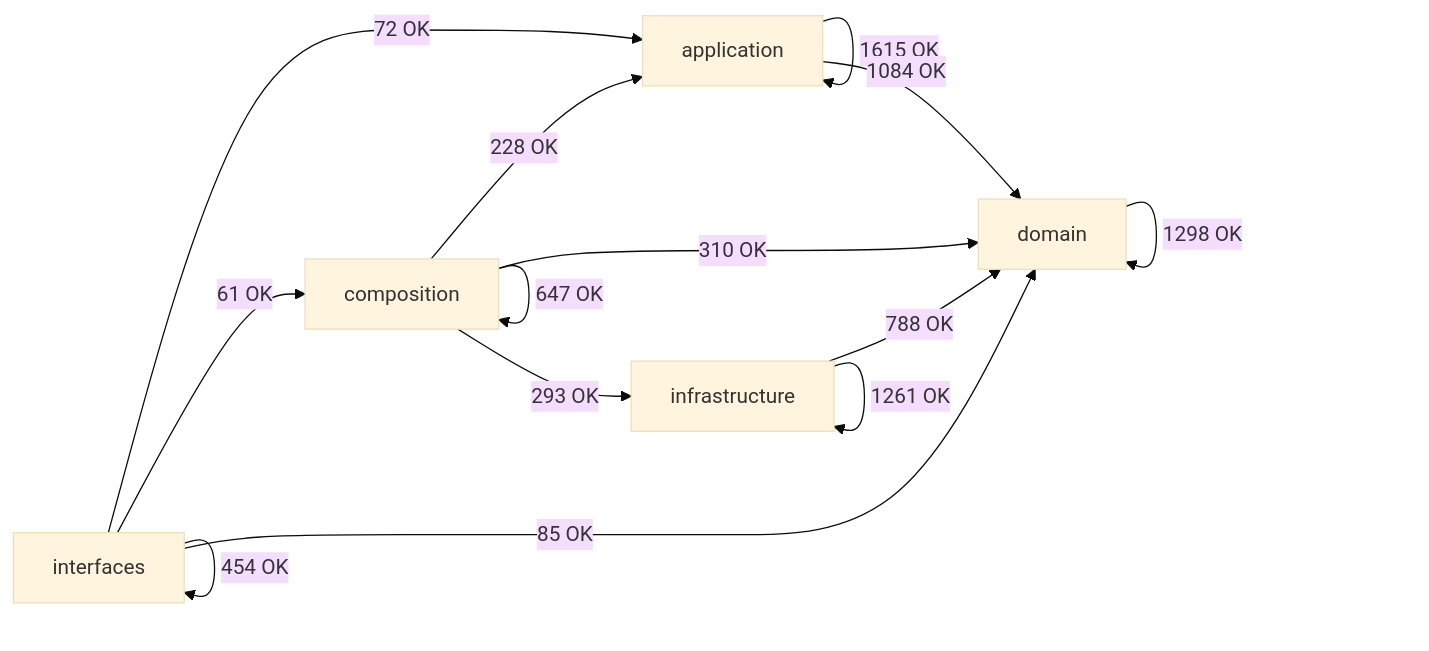
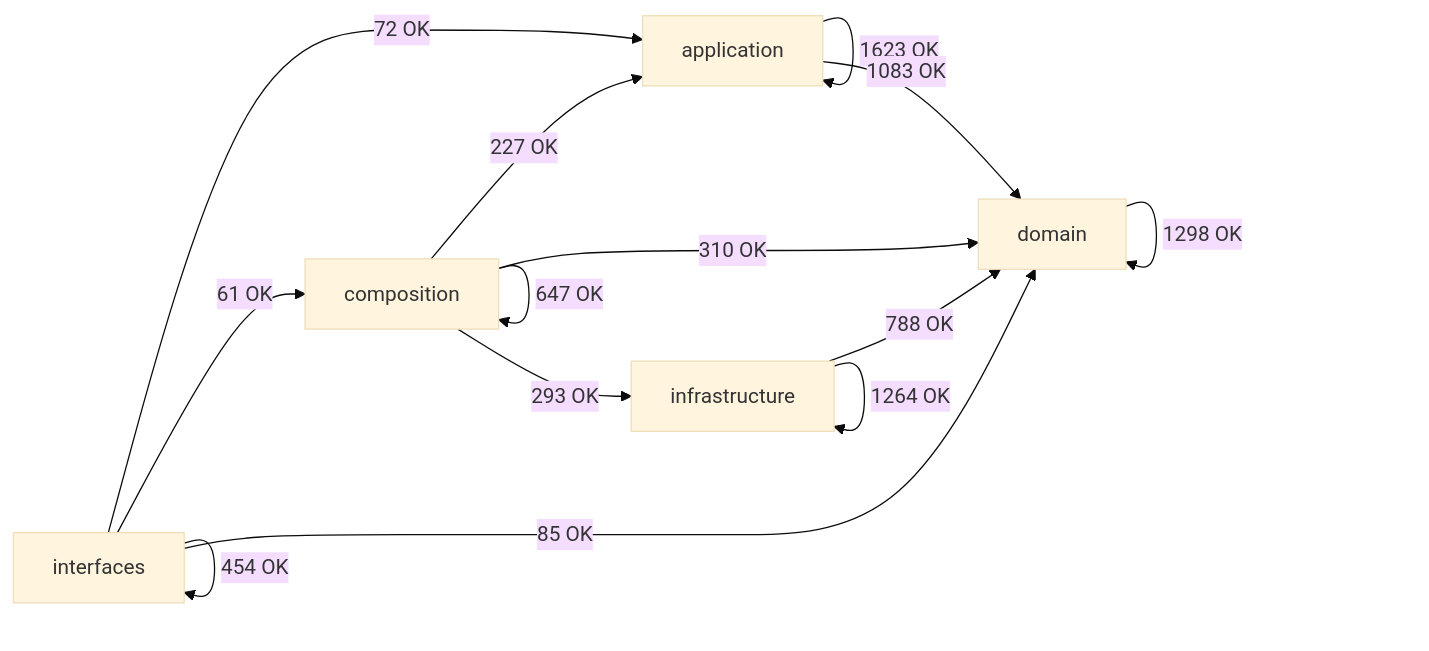
One commit to SatoryKono/BioactivityDataAcquisition changed the diagram in docs/02-architecture/generated/module-dependency-map.md. Above: the diagram before and after it, drawn with Mermaid (base theme). The commit also changed other lines of this file and 52 other files, not shown here.

````diff
--- a/docs/02-architecture/generated/module-dependency-map.md
+++ b/docs/02-architecture/generated/module-dependency-map.md
@@ -17,21 +17,21 @@
 ```mermaid
 flowchart LR
     domain[domain]
     application[application]
     infrastructure[infrastructure]
     composition[composition]
     interfaces[interfaces]
-    application -->|1615 OK| application
-    application -->|1084 OK| domain
-    composition -->|228 OK| application
+    application -->|1623 OK| application
+    application -->|1083 OK| domain
+    composition -->|227 OK| application
     composition -->|647 OK| composition
     composition -->|310 OK| domain
     composition -->|293 OK| infrastructure
     domain -->|1298 OK| domain
     infrastructure -->|788 OK| domain
-    infrastructure -->|1261 OK| infrastructure
+    infrastructure -->|1264 OK| infrastructure
     interfaces -->|72 OK| application
     interfaces -->|61 OK| composition
     interfaces -->|85 OK| domain
     interfaces -->|454 OK| interfaces
 ```
````
